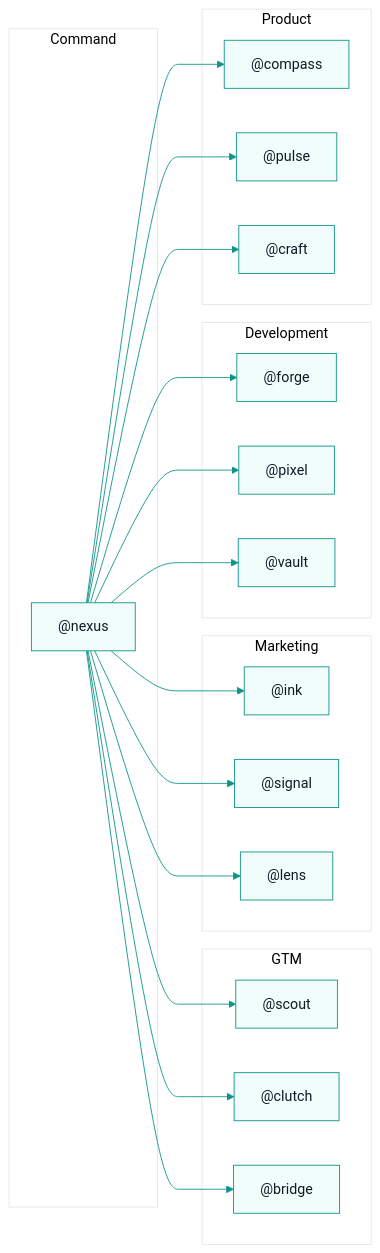
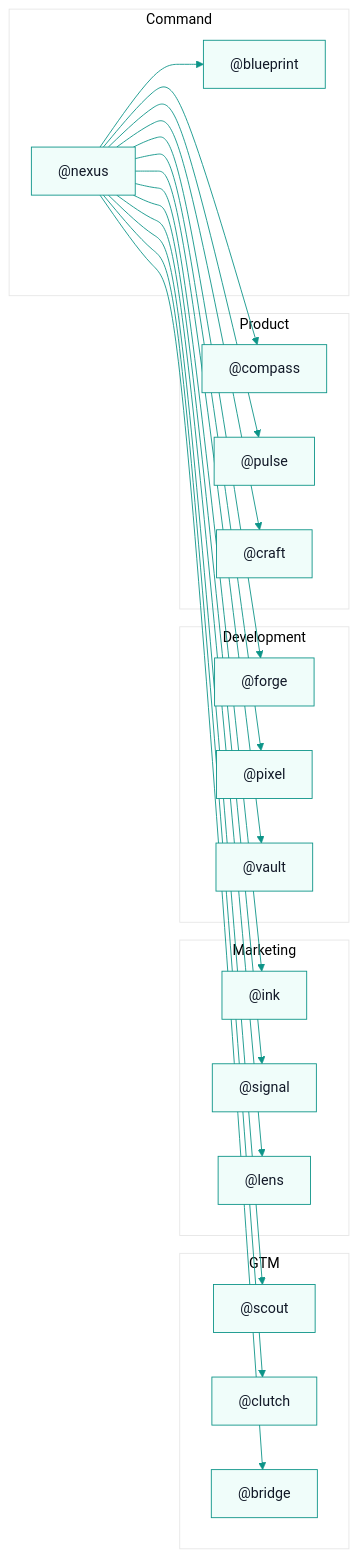
One commit to kyrazolabs/CommissionKit changed the second of 2 diagrams in AGENTS.md. Above: the diagram before and after it, drawn with Mermaid. The commit also changed other lines of this file and 5 other files, not shown here.

Commit message:
feat: add @blueprint agent — Company Architect for organizational design

````diff
--- a/AGENTS.md
+++ b/AGENTS.md
@@ -147,44 +148,46 @@
 ```mermaid
 %%{init: {'theme': 'base', 'themeVariables': { 'primaryColor': '#F0FDFA', 'primaryTextColor': '#111827', 'primaryBorderColor': '#0D9488', 'lineColor': '#0D9488', 'secondaryColor': '#F3F4F6', 'tertiaryColor': '#FFFFFF' }}}%%
 graph LR
     subgraph Command
         NEXUS["@nexus"]
+        BLUEPRINT["@blueprint"]
     end
 
     subgraph GTM
         SCOUT["@scout"]
         CLUTCH["@clutch"]
         BRIDGE["@bridge"]
     end
 
     subgraph Marketing
         INK["@ink"]
         SIGNAL["@signal"]
         LENS["@lens"]
     end
 
     subgraph Development
         FORGE["@forge"]
         PIXEL["@pixel"]
         VAULT["@vault"]
     end
 
     subgraph Product
         COMPASS["@compass"]
         PULSE["@pulse"]
         CRAFT["@craft"]
     end
 
+    NEXUS --> BLUEPRINT
     NEXUS --> SCOUT
     NEXUS --> CLUTCH
     NEXUS --> BRIDGE
     NEXUS --> INK
     NEXUS --> SIGNAL
     NEXUS --> LENS
     NEXUS --> FORGE
     NEXUS --> PIXEL
     NEXUS --> VAULT
     NEXUS --> COMPASS
     NEXUS --> PULSE
     NEXUS --> CRAFT
 ```
````
